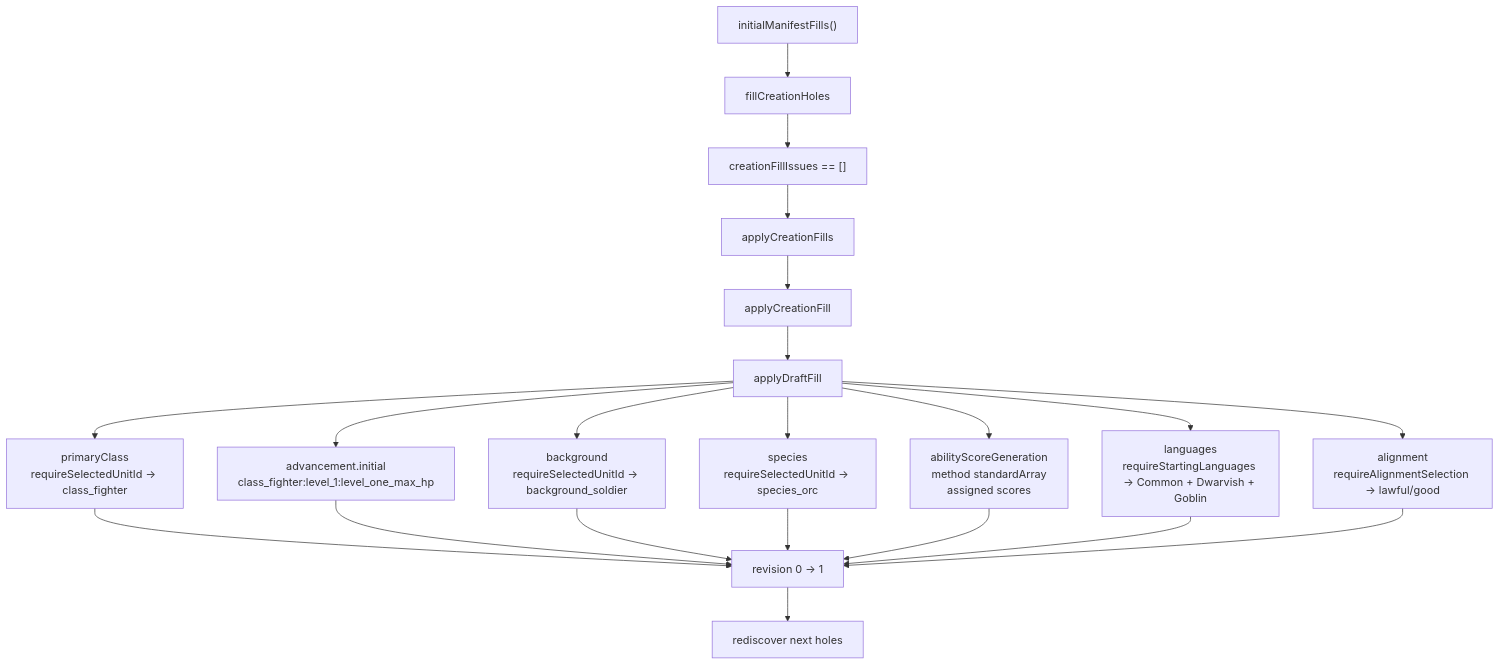
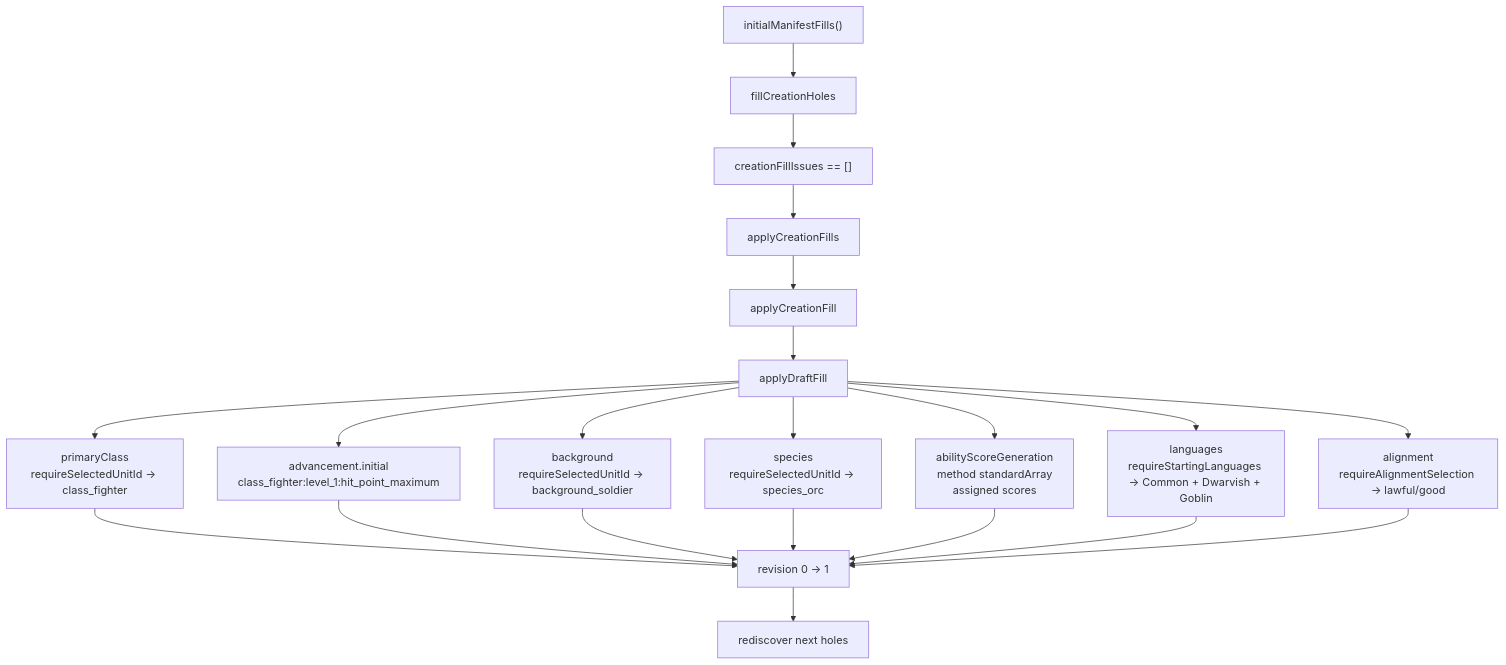
Before and after one commit to dearlordylord/5e-quint: the fifth of 10 diagrams in packages/character-creation-runtime/EXPLANATORY_TIME_DIAGRAM.md, drawn with Mermaid. The commit also changed other lines of this file and 14 other files, not shown here.

````diff
--- a/packages/character-creation-runtime/EXPLANATORY_TIME_DIAGRAM.md
+++ b/packages/character-creation-runtime/EXPLANATORY_TIME_DIAGRAM.md
@@ -313,35 +313,35 @@
 ```mermaid
 flowchart TD
   Batch["initialManifestFills()"]
   Fill["fillCreationHoles"]
   Validate["creationFillIssues == []"]
   Apply["applyCreationFills"]
   Dispatch["applyCreationFill"]
   DraftFill["applyDraftFill"]
   Class["primaryClass<br/>requireSelectedUnitId -> class_fighter"]
-  Advancement["advancement.initial<br/>class_fighter:level_1:level_one_max_hp"]
+  Advancement["advancement.initial<br/>class_fighter:level_1:hit_point_maximum"]
   Background["background<br/>requireSelectedUnitId -> background_soldier"]
   Species["species<br/>requireSelectedUnitId -> species_orc"]
   Scores["abilityScoreGeneration<br/>method standardArray<br/>assigned scores"]
   Languages["languages<br/>requireStartingLanguages -> Common + Dwarvish + Goblin"]
   Alignment["alignment<br/>requireAlignmentSelection -> lawful/good"]
   Rev["revision 0 -> 1"]
   Next["rediscover next holes"]
 
   Batch --> Fill --> Validate --> Apply --> Dispatch --> DraftFill
   DraftFill --> Class
   DraftFill --> Advancement
   DraftFill --> Background
   DraftFill --> Species
   DraftFill --> Scores
   DraftFill --> Languages
   DraftFill --> Alignment
   Class --> Rev
   Advancement --> Rev
   Background --> Rev
   Species --> Rev
   Scores --> Rev
   Languages --> Rev
   Alignment --> Rev
   Rev --> Next
 ```
````
